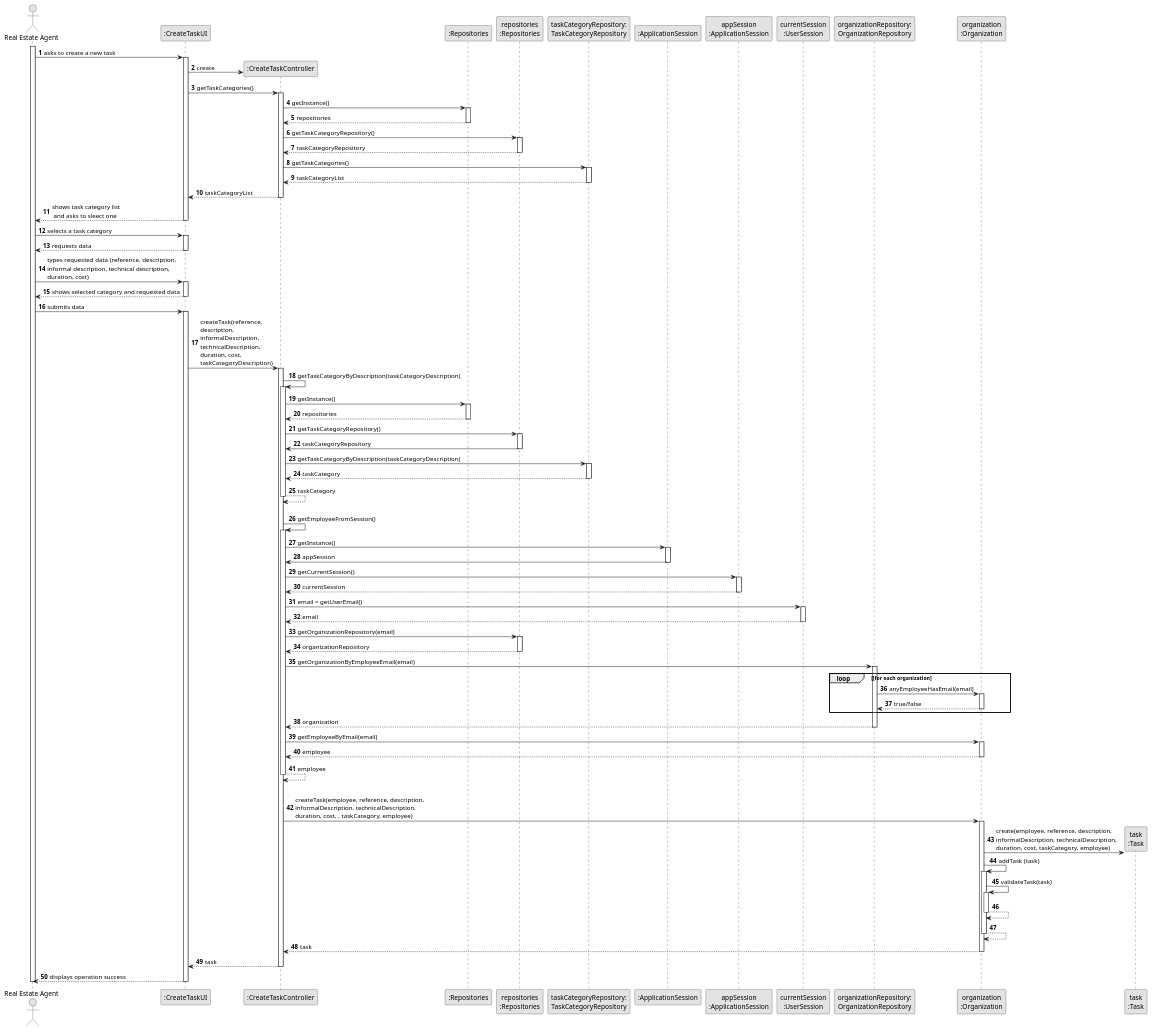
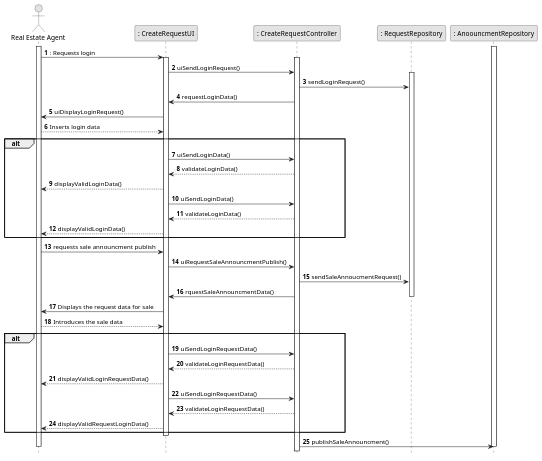
Before and after one commit to Rodrick0209/ISEP-LAPR2-22-23: the diagram in docs/Sprint-B/US002/03.design/puml/us006-sequence-diagram-full.puml, drawn with PlantUML.

Commit message:
final us2 puml

```diff
--- a/docs/Sprint-B/US002/03.design/puml/us006-sequence-diagram-full.puml
+++ b/docs/Sprint-B/US002/03.design/puml/us006-sequence-diagram-full.puml
@@ -1,180 +1,86 @@
 @startuml
 skinparam monochrome true
 skinparam packageStyle rectangle
 skinparam shadowing false
 
 autonumber
 
-'hide footbox
-actor "Real Estate Agent" as ADM
-participant ":CreateTaskUI" as UI
-participant ":CreateTaskController" as CTRL
-participant ":Repositories" as RepositorySingleton
-participant "repositories\n:Repositories" as PLAT
-participant "taskCategoryRepository:\nTaskCategoryRepository" as TaskCategoryRepository
-participant ":ApplicationSession" as _APP
-participant "appSession\n:ApplicationSession" as APP
-participant "currentSession\n:UserSession" as SESSAO
-participant "organizationRepository:\nOrganizationRepository" as OrganizationRepository
-participant "organization\n:Organization" as ORG
-participant "task\n:Task" as TAREFA
+hide footbox
+actor " Real Estate Agent" as ADM
+participant ": CreateRequestUI" as UI
+participant ": CreateRequestController" as CTRL
+participant ": RequestRepository" as RRP
+participant ": AnoouncmentRepository" as ARP
+
+
 
 activate ADM
 
-        ADM -> UI : asks to create a new task
+        ADM -> UI :: Requests login
 
         activate UI
+         activate CTRL
+                    UI -> CTRL : uiSendLoginRequest()
+                    activate RRP
+                    CTRL -> RRP :sendLoginRequest()
 
-'            UI --> ADM : requests data (reference, description,  informal \n description, technical description, duration, cost)
-            'create CTRL
-            UI -> CTRL** : create
+            CTRL->UI  : requestLoginData()
 
-            UI -> CTRL : getTaskCategories()
-            activate CTRL
+            UI-> ADM : uiDisplayLoginRequest()
+            ADM --> UI: Inserts login data
 
-                CTRL -> RepositorySingleton : getInstance()
-                activate RepositorySingleton
+             alt
 
-                    RepositorySingleton --> CTRL: repositories
-                deactivate RepositorySingleton
+             UI-> CTRL : uiSendLoginData()
+             CTRL--> UI : validateLoginData()
+             UI --> ADM : displayValidLoginData()
 
-                CTRL -> PLAT : getTaskCategoryRepository()
-                activate PLAT
 
-                    PLAT --> CTRL: taskCategoryRepository
-                deactivate PLAT
 
-                CTRL -> TaskCategoryRepository : getTaskCategories()
-                activate TaskCategoryRepository
+              UI-> CTRL : uiSendLoginData()
+                          CTRL--> UI : validateLoginData()
+                          UI --> ADM : displayValidLoginData()
 
-                    TaskCategoryRepository --> CTRL : taskCategoryList
-                deactivate TaskCategoryRepository
 
-                CTRL --> UI : taskCategoryList
-            deactivate CTRL
+             end alt
 
-            UI --> ADM : shows task category list\n and asks to sleect one
-        deactivate UI
+ADM -> UI : requests sale announcment publish
+UI -> CTRL: uiRequestSaleAnnouncmentPublish()
+CTRL -> RRP : sendSaleAnnoucmentRequest()
+CTRL -> UI: rquestSaleAnnouncmentData()
+deactivate RRP
+UI -> ADM : Displays the request data for sale
+ADM --> UI : Introduces the sale data
 
-    ADM -> UI : selects a task category
-    activate UI
+ alt
 
-        UI --> ADM : requests data
+             UI-> CTRL : uiSendLoginRequestData()
+             CTRL--> UI : validateLoginRequestData()
+             UI --> ADM : displayValidLoginRequestData()
+
+
+
+              UI-> CTRL : uiSendLoginRequestData()
+                          CTRL--> UI : validateLoginRequestData()
+                          UI --> ADM : displayValidRequestLoginData()
+
+
+
+             end alt
+
+
+
+
+
+
     deactivate UI
 
-    ADM -> UI : types requested data (reference, description, \ninformal description, technical description,\nduration, cost)
-    activate UI
+activate ARP
+             CTRL -> ARP: publishSaleAnnouncment()
+             deactivate ARP
 
-        UI --> ADM : shows selected category and requested data
-    deactivate UI
-
-    ADM -> UI : submits data
-    activate UI
-
-        UI -> CTRL : createTask(reference,\ndescription,\ninformalDescription,\ntechnicalDescription,\nduration, cost,\ntaskCategoryDescription)
-        activate CTRL
-
-            CTRL -> CTRL : getTaskCategoryByDescription(taskCategoryDescription)
-            activate CTRL
-
-                CTRL -> RepositorySingleton : getInstance()
-                activate RepositorySingleton
-
-                    RepositorySingleton --> CTRL: repositories
-                deactivate RepositorySingleton
-
-                CTRL -> PLAT : getTaskCategoryRepository()
-                activate PLAT
-
-                    PLAT -> CTRL : taskCategoryRepository
-                deactivate PLAT
-
-                CTRL -> TaskCategoryRepository : getTaskCategoryByDescription(taskCategoryDescription)
-                activate TaskCategoryRepository
-
-                    TaskCategoryRepository --> CTRL : taskCategory
-                deactivate TaskCategoryRepository
-                    CTRL --> CTRL : taskCategory
-            deactivate CTRL
-
-            |||
-            CTRL -> CTRL : getEmployeeFromSession()
-            activate CTRL
-
-                CTRL -> _APP: getInstance()
-                activate _APP
-                    _APP -> CTRL: appSession
-                deactivate _APP
-
-
-                CTRL -> APP: getCurrentSession()
-                activate APP
-
-                    APP --> CTRL: currentSession
-                deactivate APP
-
-                CTRL -> SESSAO: email = getUserEmail()
-                activate SESSAO
-
-                    SESSAO --> CTRL: email
-                deactivate SESSAO
-
-
-                CTRL -> PLAT: getOrganizationRepository(email)
-                activate PLAT
-
-                    PLAT --> CTRL: organizationRepository
-                deactivate PLAT
-
-
-                CTRL -> OrganizationRepository: getOrganizationByEmployeeEmail(email)
-                activate OrganizationRepository
-
-                    loop [for each organization
-                        OrganizationRepository -> ORG : anyEmployeeHasEmail(email)
-                        activate ORG
-
-                             ORG --> OrganizationRepository : true/false
-                        deactivate ORG
-                    end
-                    OrganizationRepository --> CTRL : organization
-                deactivate OrganizationRepository
-
-                CTRL -> ORG: getEmployeeByEmail(email)
-                activate ORG
-
-                    ORG --> CTRL : employee
-                deactivate ORG
-
-                CTRL --> CTRL : employee
-            deactivate CTRL
-
-            |||
-            CTRL -> ORG: createTask(employee, reference, description,\ninformalDescription, technicalDescription,\nduration, cost, , taskCategory, employee)
-            activate ORG
-
-                ORG -> TAREFA**: create(employee, reference, description,\ninformalDescription, technicalDescription,\nduration, cost, taskCategory, employee)
-                ORG -> ORG: addTask (task)
-
-
-                activate ORG
-                    ORG -> ORG: validateTask(task)
-                    activate ORG
-                        ORG --> ORG
-                    deactivate ORG
-
-                    ORG --> ORG
-                deactivate ORG
-
-                ORG --> CTRL : task
-
-            deactivate ORG
-
-            CTRL --> UI: task
-            deactivate CTRL
-            UI --> ADM: displays operation success
-    deactivate UI
 
 deactivate ADM
 
+
 @enduml
```
